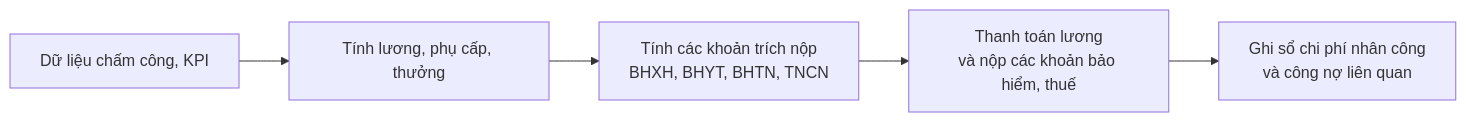
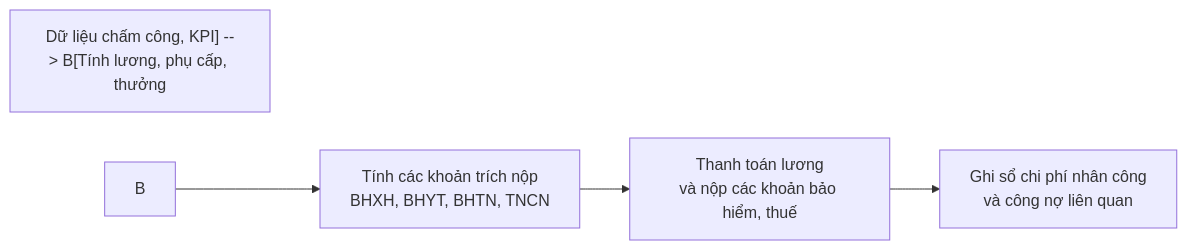
The tenth of 14 diagrams in OrgAgent/accounting.md (anhttmle/CAIO), drawn with Mermaid before and after one commit. The commit also changed other lines of this file, not shown here.

````diff
--- a/OrgAgent/accounting.md
+++ b/OrgAgent/accounting.md
@@ -230,7 +230,7 @@
 ```mermaid
 flowchart LR
-    A[Dữ liệu chấm công, KPI] --> B[Tính lương, phụ cấp, thưởng]
-    B --> C[Tính các khoản trích nộp\nBHXH, BHYT, BHTN, TNCN]
-    C --> D[Thanh toán lương\nvà nộp các khoản bảo hiểm, thuế]
-    D --> E[Ghi sổ chi phí nhân công\nvà công nợ liên quan]
+    A["Dữ liệu chấm công, KPI] --> B[Tính lương, phụ cấp, thưởng"]
+    B --> C["Tính các khoản trích nộp\nBHXH, BHYT, BHTN, TNCN"]
+    C --> D["Thanh toán lương\nvà nộp các khoản bảo hiểm, thuế"]
+    D --> E["Ghi sổ chi phí nhân công\nvà công nợ liên quan"]
 ```
````
